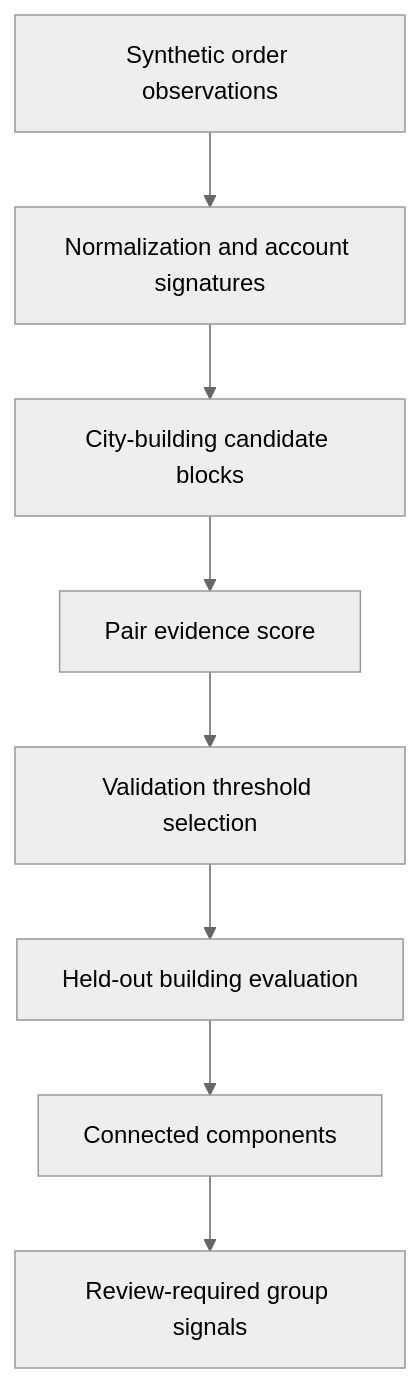
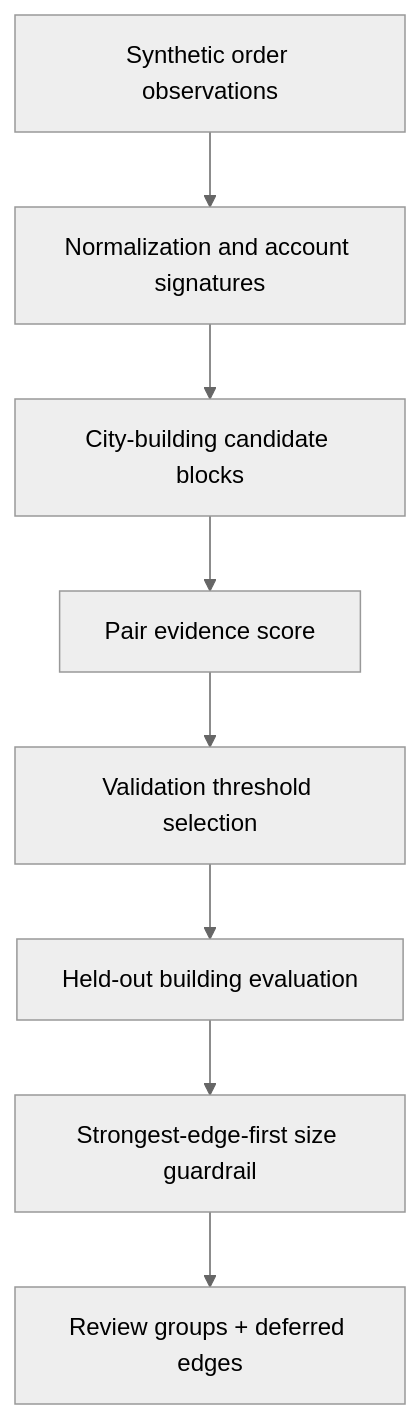
One commit to parisaMSTFV/customer-relation-detection changed the diagram in README.md. Above: the diagram before and after it, drawn with Mermaid (neutral theme). The commit also changed other lines of this file and 18 other files, not shown here.

````diff
--- a/README.md
+++ b/README.md
@@ -35,10 +50,10 @@
 ```mermaid
 flowchart TD
     A["Synthetic order observations"] --> B["Normalization and account signatures"]
     B --> C["City-building candidate blocks"]
     C --> D["Pair evidence score"]
     D --> E["Validation threshold selection"]
     E --> F["Held-out building evaluation"]
-    F --> G["Connected components"]
-    G --> H["Review-required group signals"]
+    F --> G["Strongest-edge-first size guardrail"]
+    G --> H["Review groups + deferred edges"]
 ```
````
